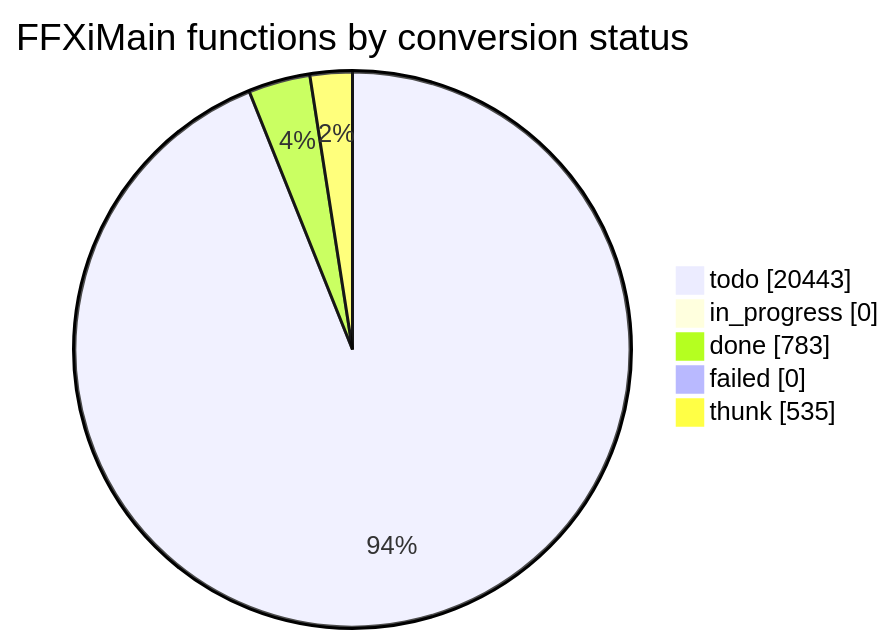
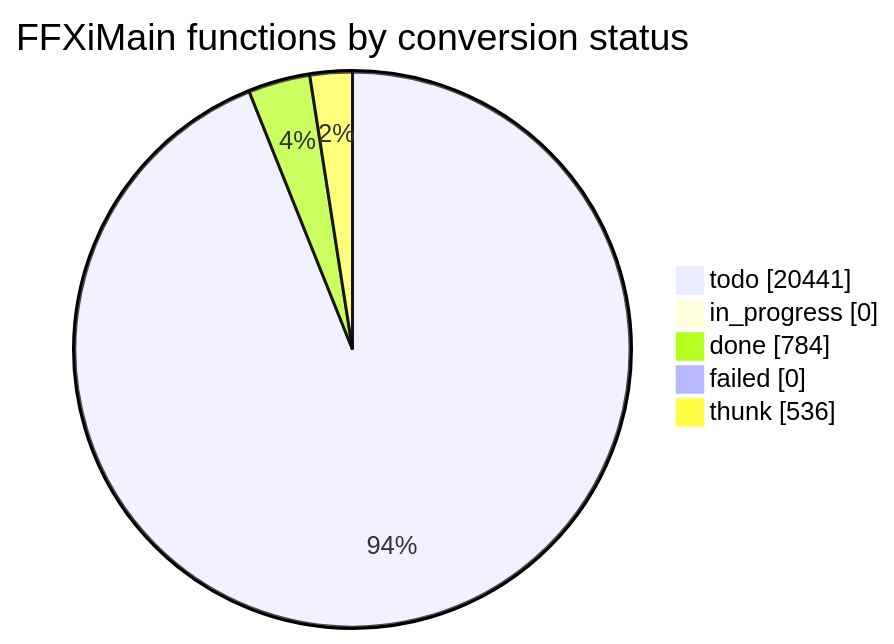
Before and after one commit to cowrevenge/cow_kuluu_xi_anything: the diagram in docs/cow/STATUS.md, drawn with Mermaid. The commit also changed other lines of this file and 9 other files, not shown here.

````diff
--- a/docs/cow/STATUS.md
+++ b/docs/cow/STATUS.md
@@ -18,9 +18,9 @@
 ```mermaid
 pie showData
     title FFXiMain functions by conversion status
-    "todo" : 20443
+    "todo" : 20441
     "in_progress" : 0
-    "done" : 783
+    "done" : 784
     "failed" : 0
-    "thunk" : 535
+    "thunk" : 536
 ```
````
